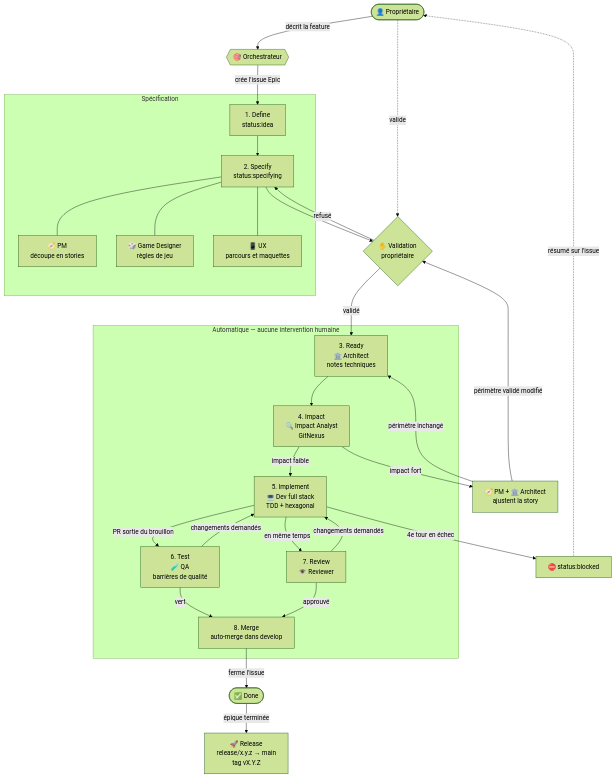
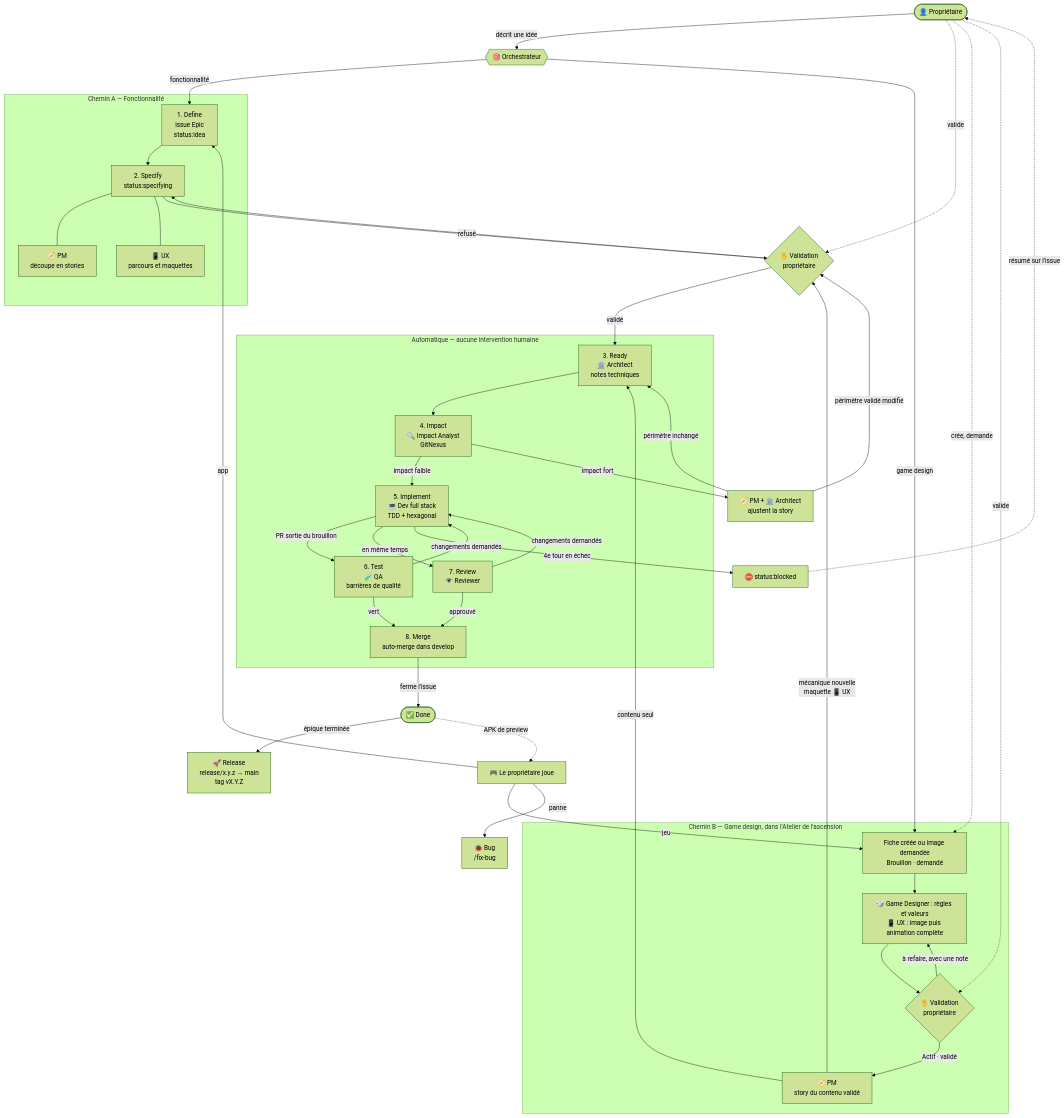
The first of 2 diagrams in docs/workflow.md (BPotet/ascent), drawn with Mermaid (forest theme) before and after one commit. The commit also changed other lines of this file, not shown here.

First line of the commit message:
docs(workflow): split ideas into feature and game design paths

````diff
--- a/docs/workflow.md
+++ b/docs/workflow.md
@@ -16,51 +17,71 @@
 ```mermaid
 flowchart TD
     OWNER([👤 Propriétaire])
     ORCH{{🎯 Orchestrateur}}
 
-    OWNER -- décrit la feature --> ORCH
-    ORCH -- crée l'issue Epic --> S1
+    OWNER -- décrit une idée --> ORCH
+    ORCH -- fonctionnalité --> S1
+    ORCH -- game design --> B1
 
-    subgraph SPEC [" Spécification "]
-        S1[1. Define<br/>status:idea]
+    subgraph PATHA [" Chemin A — Fonctionnalité "]
+        S1[1. Define<br/>issue Epic<br/>status:idea]
         S2[2. Specify<br/>status:specifying]
         PM[🧭 PM<br/>découpe en stories]
-        GD[🎲 Game Designer<br/>règles de jeu]
         UX[📱 UX<br/>parcours et maquettes]
         S1 --> S2
-        S2 --- PM & GD & UX
+        S2 --- PM & UX
     end
 
     S2 --> GATE1{✋ Validation<br/>propriétaire}
     OWNER -. valide .-> GATE1
     GATE1 -- refusé --> S2
     GATE1 -- validé --> S3
+
+    subgraph PATHB [" Chemin B — Game design, dans l'Atelier de l'ascension "]
+        B1[Fiche créée ou image demandée<br/>Brouillon · demandé]
+        B2[🎲 Game Designer : règles et valeurs<br/>📱 UX : image puis animation complète]
+        GATE2{✋ Validation<br/>propriétaire}
+        B4[🧭 PM<br/>story du contenu validé]
+        B1 --> B2
+        B2 --> GATE2
+        GATE2 -- à refaire, avec une note --> B2
+        GATE2 -- Actif · validé --> B4
+    end
+
+    OWNER -. crée, demande .-> B1
+    OWNER -. valide .-> GATE2
+    B4 -- contenu seul --> S3
+    B4 -- mécanique nouvelle<br/>maquette 📱 UX --> GATE1
 
     subgraph AUTO [" Automatique — aucune intervention humaine "]
         S3[3. Ready<br/>🏛️ Architect<br/>notes techniques]
         S4[4. Impact<br/>🔍 Impact Analyst<br/>GitNexus]
         S5[5. Implement<br/>💻 Dev full stack<br/>TDD + hexagonal]
         S6[6. Test<br/>🧪 QA<br/>barrières de qualité]
         S7[7. Review<br/>👁️ Reviewer]
         S8[8. Merge<br/>auto-merge dans develop]
 
         S3 --> S4
         S4 -- impact faible --> S5
         S5 -- PR sortie du brouillon --> S6
         S5 -- en même temps --> S7
         S6 -- changements demandés --> S5
         S7 -- changements demandés --> S5
         S6 -- vert --> S8
         S7 -- approuvé --> S8
     end
 
     S4 -- impact fort --> ESC[🧭 PM + 🏛️ Architect<br/>ajustent la story]
     ESC -- périmètre inchangé --> S3
     ESC -- périmètre validé modifié --> GATE1
 
     S5 -- 4e tour en échec --> BLOCK[⛔ status:blocked]
     BLOCK -. résumé sur l'issue .-> OWNER
 
     S8 -- ferme l'issue --> DONE([✅ Done])
     DONE -- épique terminée --> REL[🚀 Release<br/>release/x.y.z → main<br/>tag vX.Y.Z]
+    DONE -. APK de preview .-> PLAY[🎮 Le propriétaire joue]
+    PLAY -- jeu --> B1
+    PLAY -- app --> S1
+    PLAY -- panne --> BUG[🐞 Bug<br/>/fix-bug]
 ```
````
